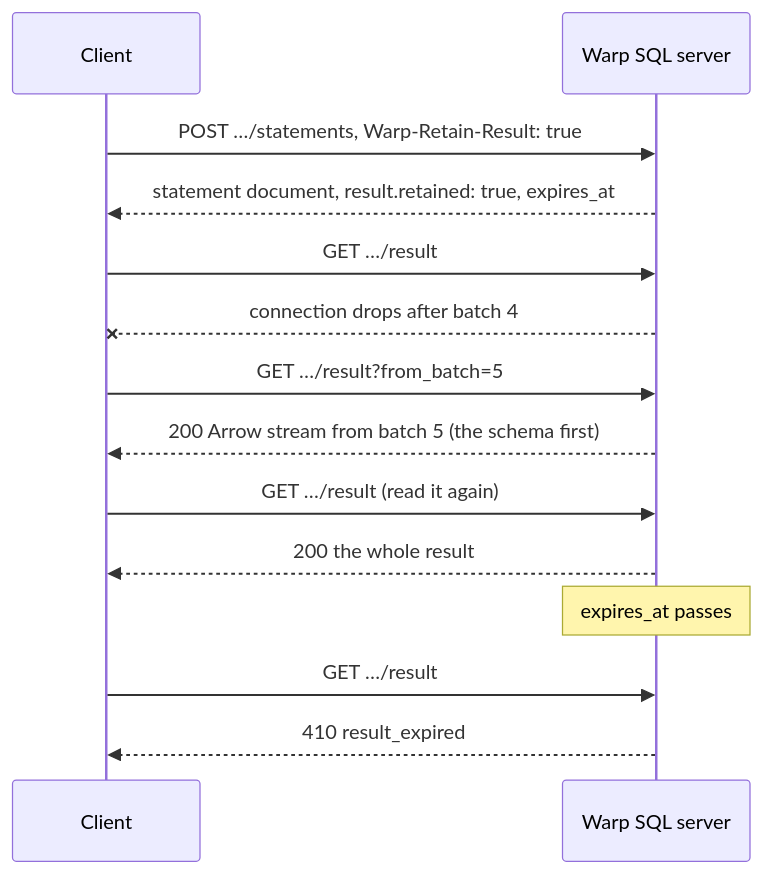
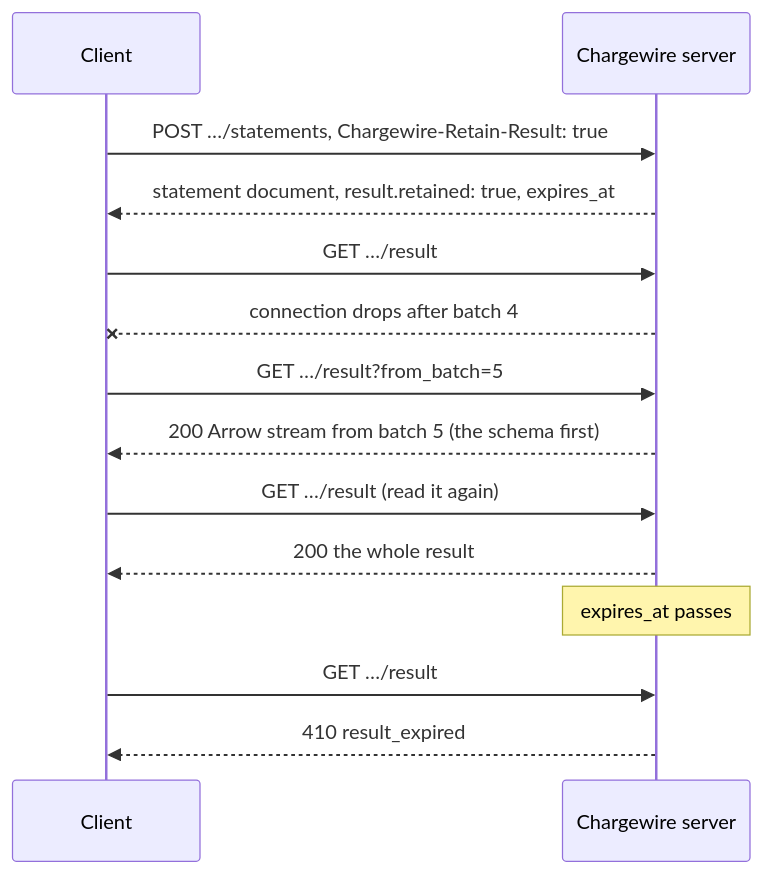
Before and after one commit to gizmodata/chargewire: the diagram in site/src/diagrams/retention.mmd, drawn with Mermaid. The commit also changed 211 other files, not shown here.

```diff
--- a/site/src/diagrams/retention.mmd
+++ b/site/src/diagrams/retention.mmd
@@ -1,14 +1,14 @@
 sequenceDiagram
   participant C as Client
-  participant S as Warp SQL server
-  C->>S: POST …/statements, Warp-Retain-Result: true
+  participant S as Chargewire server
+  C->>S: POST …/statements, Chargewire-Retain-Result: true
   S-->>C: statement document, result.retained: true, expires_at
   C->>S: GET …/result
   S--xC: connection drops after batch 4
   C->>S: GET …/result?from_batch=5
   S-->>C: 200 Arrow stream from batch 5 (the schema first)
   C->>S: GET …/result (read it again)
   S-->>C: 200 the whole result
   Note over S: expires_at passes
   C->>S: GET …/result
   S-->>C: 410 result_expired
```
